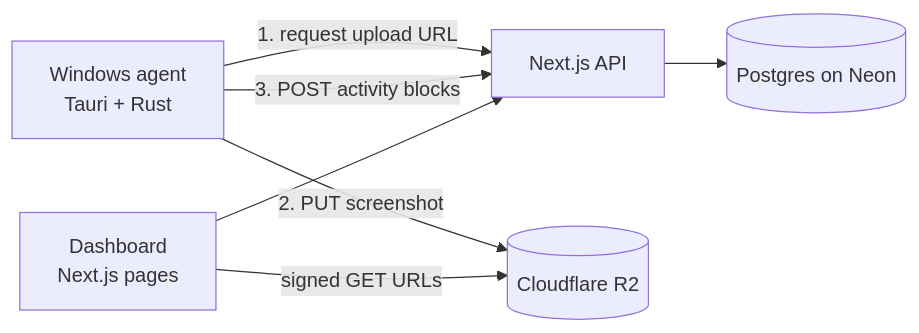
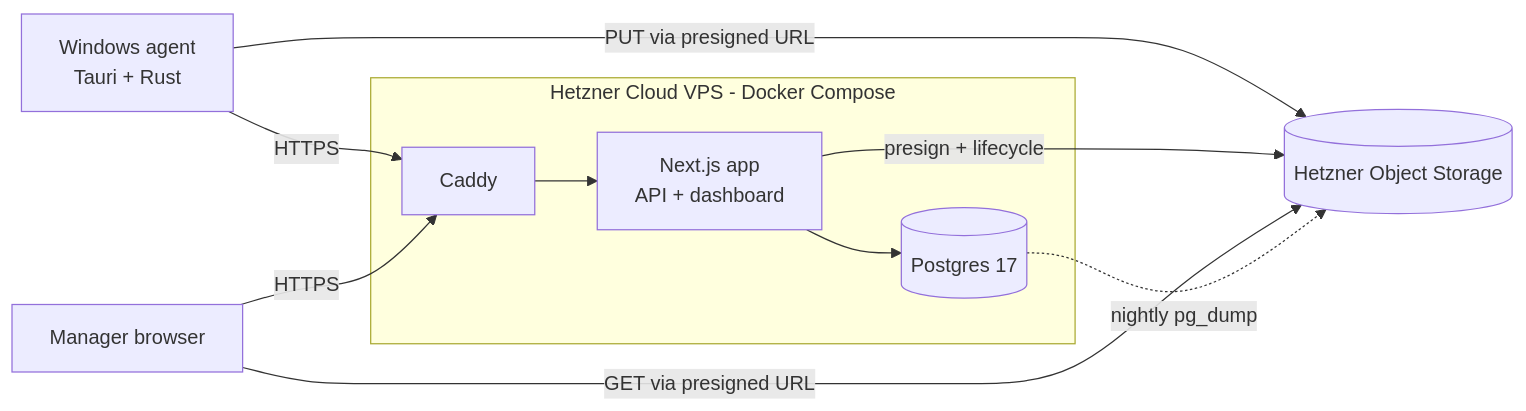
One commit to NeuSkale-ops/worktrack changed the diagram in docs/RESEARCH.md. Above: the diagram before and after it, drawn with Mermaid. The commit also changed other lines of this file, not shown here.

Commit message:
Move server stack fully to Hetzner (VPS, Postgres, Object Storage, Caddy)

````diff
--- a/docs/RESEARCH.md
+++ b/docs/RESEARCH.md
@@ -132,9 +134,13 @@
 ```mermaid
 flowchart LR
-  A[Windows agent<br/>Tauri + Rust] -->|1. request upload URL| B[Next.js API]
-  A -->|2. PUT screenshot| R[(Cloudflare R2)]
-  A -->|3. POST activity blocks| B
-  B --> P[(Postgres on Neon)]
-  D[Dashboard<br/>Next.js pages] --> B
-  D -->|signed GET URLs| R
+  A[Windows agent<br/>Tauri + Rust] -->|HTTPS| C[Caddy]
+  M[Manager browser] -->|HTTPS| C
+  subgraph VPS[Hetzner Cloud VPS - Docker Compose]
+    C --> W[Next.js app<br/>API + dashboard]
+    W --> P[(Postgres 17)]
+  end
+  A -->|PUT via presigned URL| S[(Hetzner Object Storage)]
+  W -->|presign + lifecycle| S
+  M -->|GET via presigned URL| S
+  P -.->|nightly pg_dump| S
 ```
````
